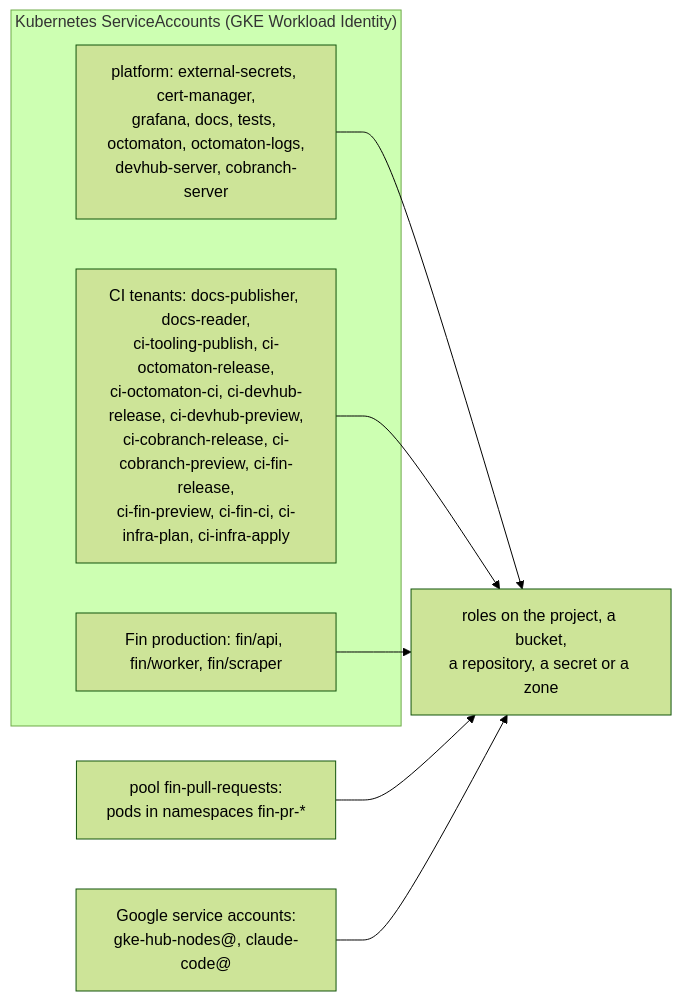
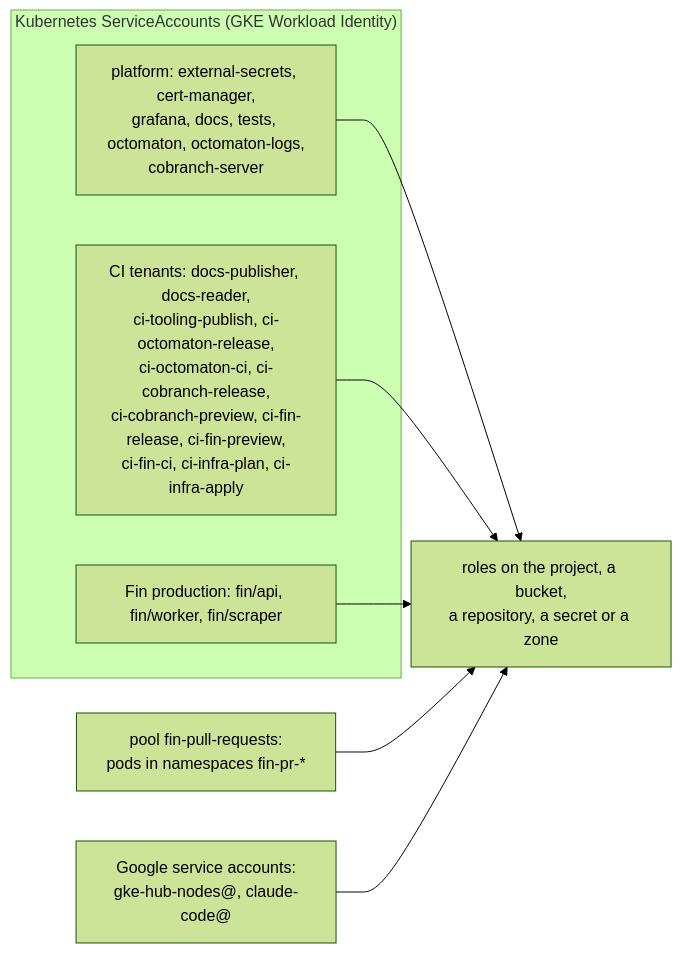
One commit to arikkfir-org/infra changed the second of 2 diagrams in docs/infra/terraform/gcp.md. Above: the diagram before and after it, drawn with Mermaid (forest theme). The commit also changed other lines of this file and 6 other files, not shown here.

````diff
--- a/docs/infra/terraform/gcp.md
+++ b/docs/infra/terraform/gcp.md
@@ -164,11 +162,11 @@
 ```mermaid
 flowchart LR
   subgraph k8s["Kubernetes ServiceAccounts (GKE Workload Identity)"]
-    PLAT["platform: external-secrets, cert-manager,<br/>grafana, docs, tests, octomaton, octomaton-logs,<br/>devhub-server, cobranch-server"]
-    TEN["CI tenants: docs-publisher, docs-reader,<br/>ci-tooling-publish, ci-octomaton-release,<br/>ci-octomaton-ci, ci-devhub-release, ci-devhub-preview,<br/>ci-cobranch-release, ci-cobranch-preview, ci-fin-release,<br/>ci-fin-preview, ci-fin-ci, ci-infra-plan, ci-infra-apply"]
+    PLAT["platform: external-secrets, cert-manager,<br/>grafana, docs, tests, octomaton, octomaton-logs,<br/>cobranch-server"]
+    TEN["CI tenants: docs-publisher, docs-reader,<br/>ci-tooling-publish, ci-octomaton-release,<br/>ci-octomaton-ci, ci-cobranch-release,<br/>ci-cobranch-preview, ci-fin-release, ci-fin-preview,<br/>ci-fin-ci, ci-infra-plan, ci-infra-apply"]
     FINP["Fin production: fin/api, fin/worker, fin/scraper"]
   end
   POOL["pool fin-pull-requests:<br/>pods in namespaces fin-pr-*"]
   GSA["Google service accounts:<br/>gke-hub-nodes@, claude-code@"]
   PLAT & TEN & FINP & POOL & GSA --> R["roles on the project, a bucket,<br/>a repository, a secret or a zone"]
 ```
````
